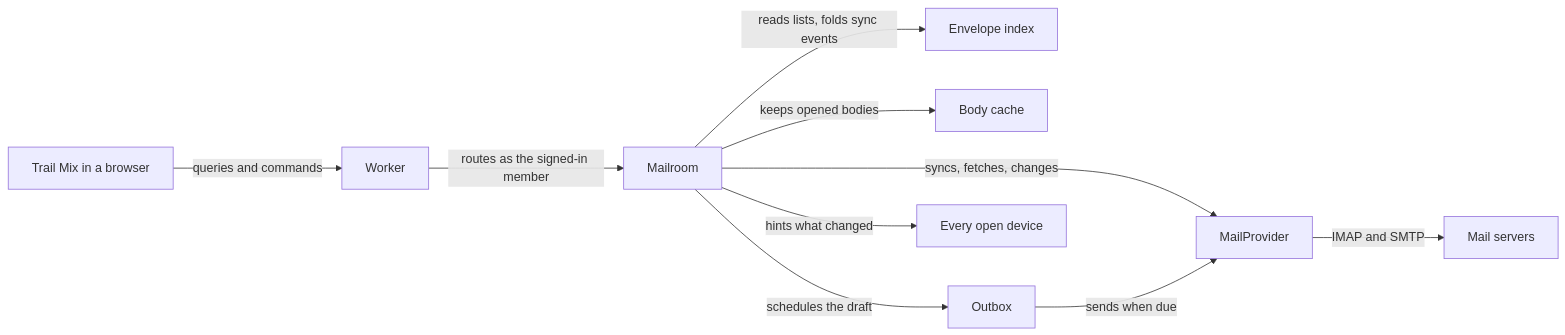
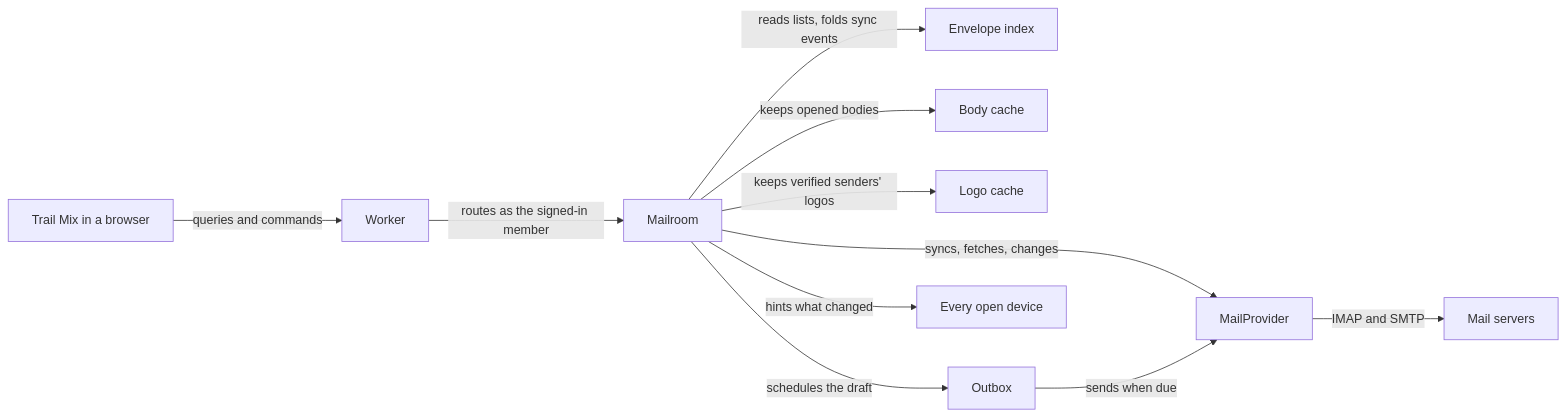
The diagram in AGENTS.md (lostintangent/trail-mix), drawn with Mermaid before and after one commit. The commit also changed other lines of this file and 48 other files, not shown here.

````diff
--- a/AGENTS.md
+++ b/AGENTS.md
@@ -11,12 +11,13 @@
 ```mermaid
 flowchart LR
   Browser[Trail Mix in a browser] -->|queries and commands| Worker
   Worker -->|routes as the signed-in member| Mailroom
   Mailroom -->|reads lists, folds sync events| Index[Envelope index]
   Mailroom -->|keeps opened bodies| Bodies[Body cache]
+  Mailroom -->|keeps verified senders' logos| Logos[Logo cache]
   Mailroom -->|schedules the draft| Outbox
   Mailroom -->|syncs, fetches, changes| Provider[MailProvider]
   Outbox -->|sends when due| Provider
   Provider -->|IMAP and SMTP| Servers[Mail servers]
   Mailroom -->|hints what changed| Devices[Every open device]
 ```
````
